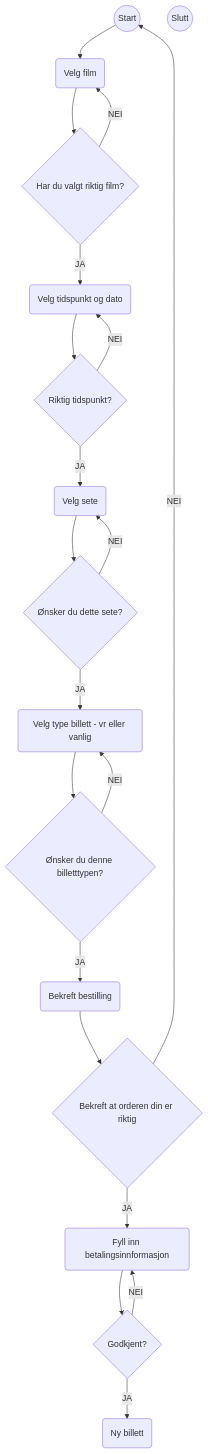
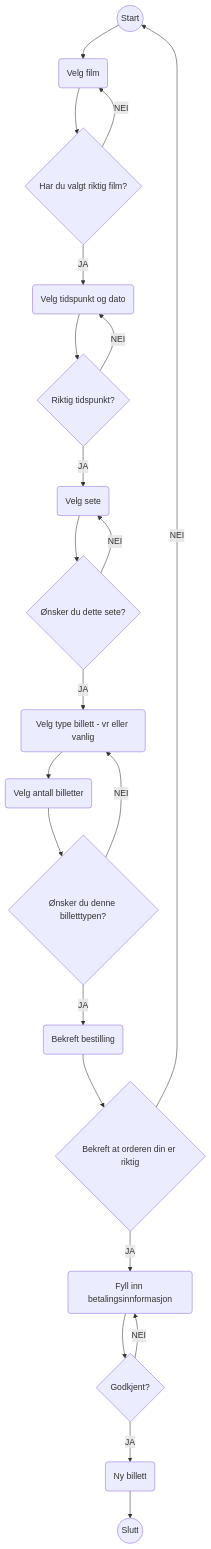
Before and after one commit to chwas2410/diagrammer: the diagram in Aktivitetsdiagram.md, drawn with Mermaid.

Commit message:
aktivitetsdiagram - lagt til antall og slutt

```diff
--- a/Aktivitetsdiagram.md
+++ b/Aktivitetsdiagram.md
@@ -1,41 +1,44 @@
 ::: mermaid
 
 flowchart TD
 Start((Start))
 Slutt((Slutt))
 VelgFilm(Velg film)
 VelgTidspunkt(Velg tidspunkt og dato)
 VelgSete(Velg sete)
 VelgTypeBillett(Velg type billett - vr eller vanlig)
 BekreftBestilling(Bekreft bestilling)
+AntallBilletter(Velg antall billetter)
 Betal(Fyll inn betalingsinnformasjon)
 Kvittering(Ny billett)
 
 RiktigFilm{Har du valgt riktig film?}
 RiktigTidspunkt{Riktig tidspunkt?}
 RiktigSete{Ønsker du dette sete?}
 RiktigBillett{Ønsker du denne billetttypen?}
 RiktigOrdre{Bekreft at orderen din er riktig}
 BetalingGodkjent{Godkjent?}
 
 Start --> VelgFilm
 VelgFilm --> RiktigFilm
 RiktigFilm --> |JA|VelgTidspunkt
 RiktigFilm --> |NEI|VelgFilm
 VelgTidspunkt --> RiktigTidspunkt
 RiktigTidspunkt --> |JA|VelgSete
 RiktigTidspunkt --> |NEI|VelgTidspunkt
 VelgSete --> RiktigSete
 RiktigSete --> |JA|VelgTypeBillett
 RiktigSete --> |NEI|VelgSete
-VelgTypeBillett --> RiktigBillett
+VelgTypeBillett --> AntallBilletter
+AntallBilletter --> RiktigBillett
 RiktigBillett --> |JA|BekreftBestilling
 RiktigBillett --> |NEI|VelgTypeBillett
 BekreftBestilling --> RiktigOrdre
 RiktigOrdre --> |JA|Betal
 RiktigOrdre --> |NEI|Start
 Betal --> BetalingGodkjent
 BetalingGodkjent --> |JA|Kvittering
 BetalingGodkjent --> |NEI|Betal
+Kvittering --> Slutt
 
 :::
```
